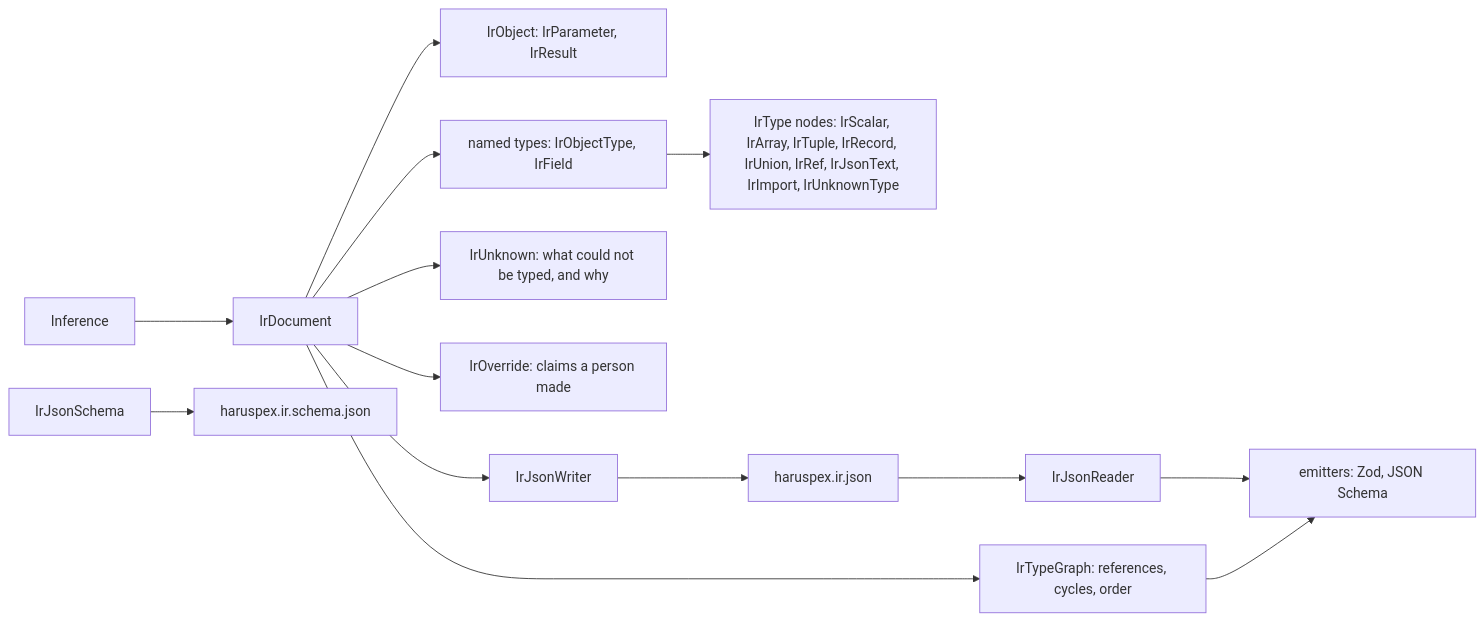
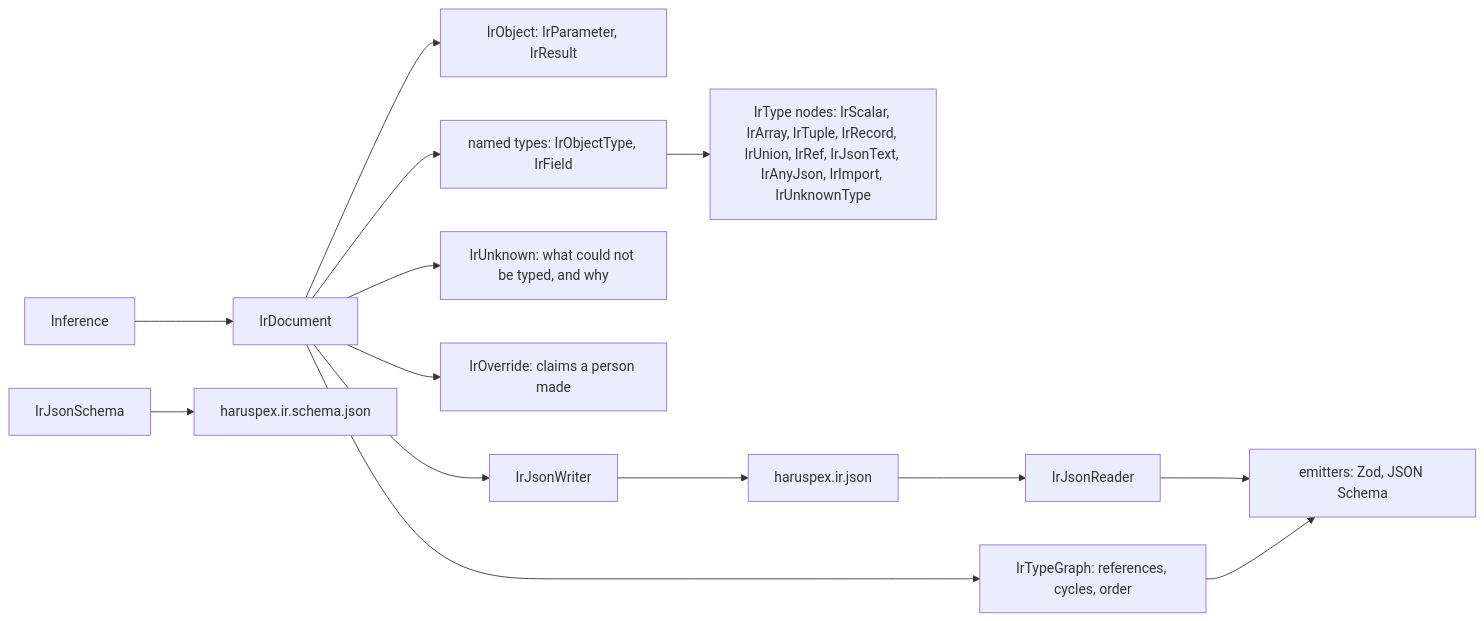
One commit to haruspex-tools/haruspex changed the diagram in src/Haruspex.Ir/README.md. Above: the diagram before and after it, drawn with Mermaid. The commit also changed other lines of this file and 25 other files, not shown here.

````diff
--- a/src/Haruspex.Ir/README.md
+++ b/src/Haruspex.Ir/README.md
@@ -28,16 +28,16 @@
 ```mermaid
 flowchart LR
     inference["Inference"] --> document["IrDocument"]
     document --> objects["IrObject: IrParameter, IrResult"]
     document --> types["named types: IrObjectType, IrField"]
-    types --> nodes["IrType nodes: IrScalar, IrArray, IrTuple, IrRecord, IrUnion, IrRef, IrJsonText, IrImport, IrUnknownType"]
+    types --> nodes["IrType nodes: IrScalar, IrArray, IrTuple, IrRecord, IrUnion, IrRef, IrJsonText, IrAnyJson, IrImport, IrUnknownType"]
     document --> unknowns["IrUnknown: what could not be typed, and why"]
     document --> overrides["IrOverride: claims a person made"]
     document --> writer["IrJsonWriter"]
     writer --> json["haruspex.ir.json"]
     json --> reader["IrJsonReader"]
     reader --> emitters["emitters: Zod, JSON Schema"]
     schema["IrJsonSchema"] --> published["haruspex.ir.schema.json"]
     document --> typeGraph["IrTypeGraph: references, cycles, order"]
     typeGraph --> emitters
 ```
````
